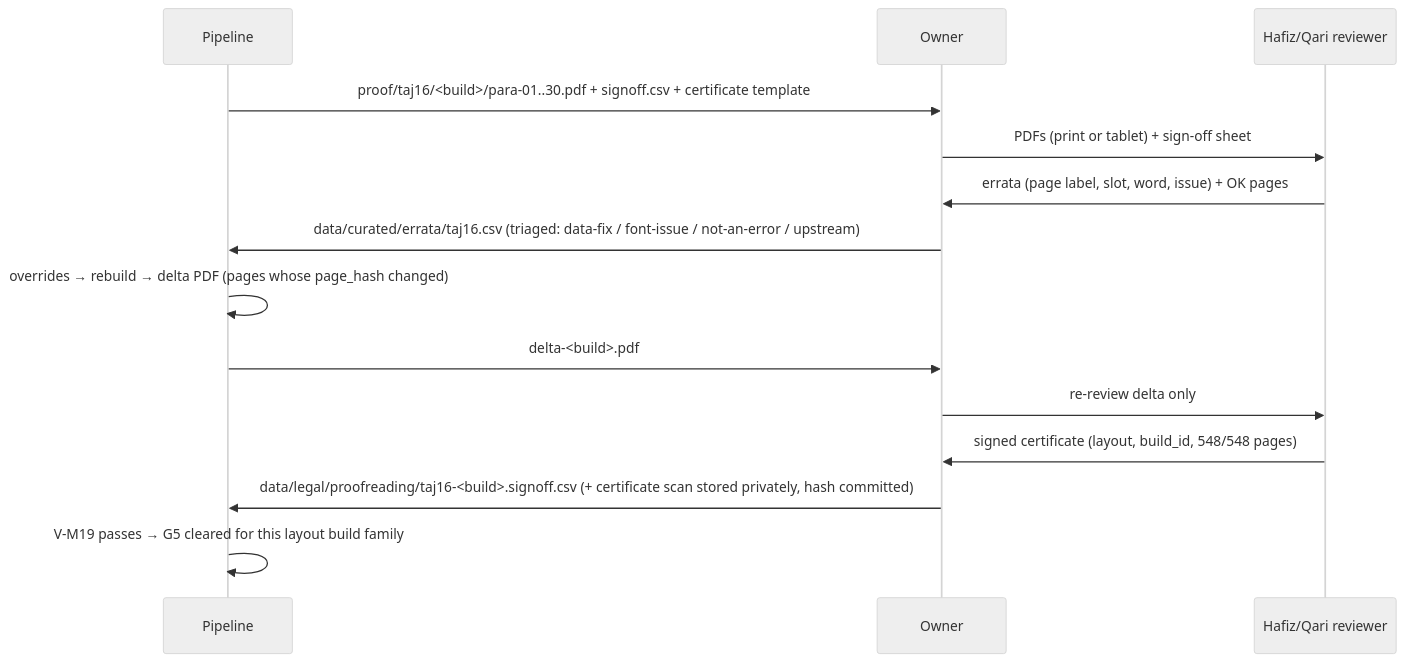
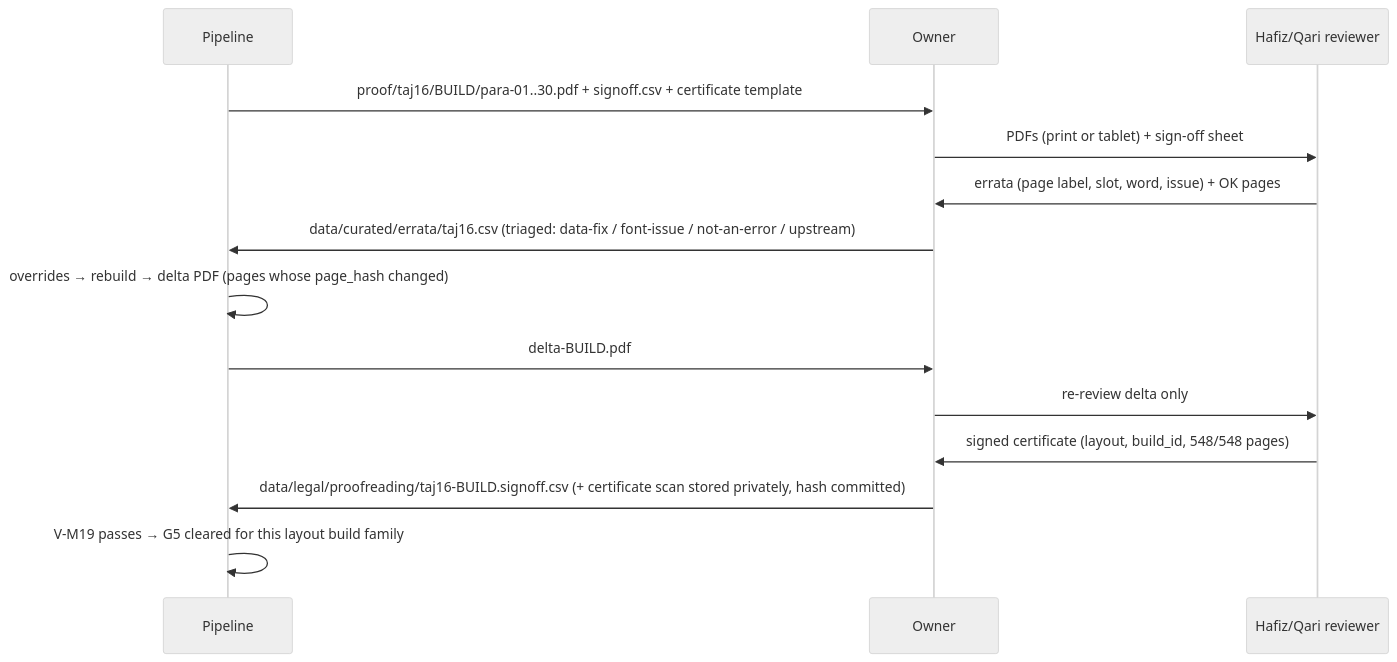
The second of 2 diagrams in docs/plan/08-data-pipelines.md (Chughtaie/criterion), drawn with Mermaid (neutral theme) before and after one commit. The commit also changed other lines of this file and 2 other files, not shown here.

First line of the commit message:
Add data pipelines plan draft (checkpoint)

````diff
--- a/docs/plan/08-data-pipelines.md
+++ b/docs/plan/08-data-pipelines.md
@@ -1054,16 +1054,16 @@
 ```mermaid
 sequenceDiagram
   participant P as Pipeline
   participant O as Owner
   participant H as Hafiz/Qari reviewer
-  P->>O: proof/taj16/<build>/para-01..30.pdf + signoff.csv + certificate template
+  P->>O: proof/taj16/BUILD/para-01..30.pdf + signoff.csv + certificate template
   O->>H: PDFs (print or tablet) + sign-off sheet
   H->>O: errata (page label, slot, word, issue) + OK pages
   O->>P: data/curated/errata/taj16.csv (triaged: data-fix / font-issue / not-an-error / upstream)
   P->>P: overrides → rebuild → delta PDF (pages whose page_hash changed)
-  P->>O: delta-<build>.pdf
+  P->>O: delta-BUILD.pdf
   O->>H: re-review delta only
   H->>O: signed certificate (layout, build_id, 548/548 pages)
-  O->>P: data/legal/proofreading/taj16-<build>.signoff.csv (+ certificate scan stored privately, hash committed)
+  O->>P: data/legal/proofreading/taj16-BUILD.signoff.csv (+ certificate scan stored privately, hash committed)
   P->>P: V-M19 passes → G5 cleared for this layout build family
 ```
````
